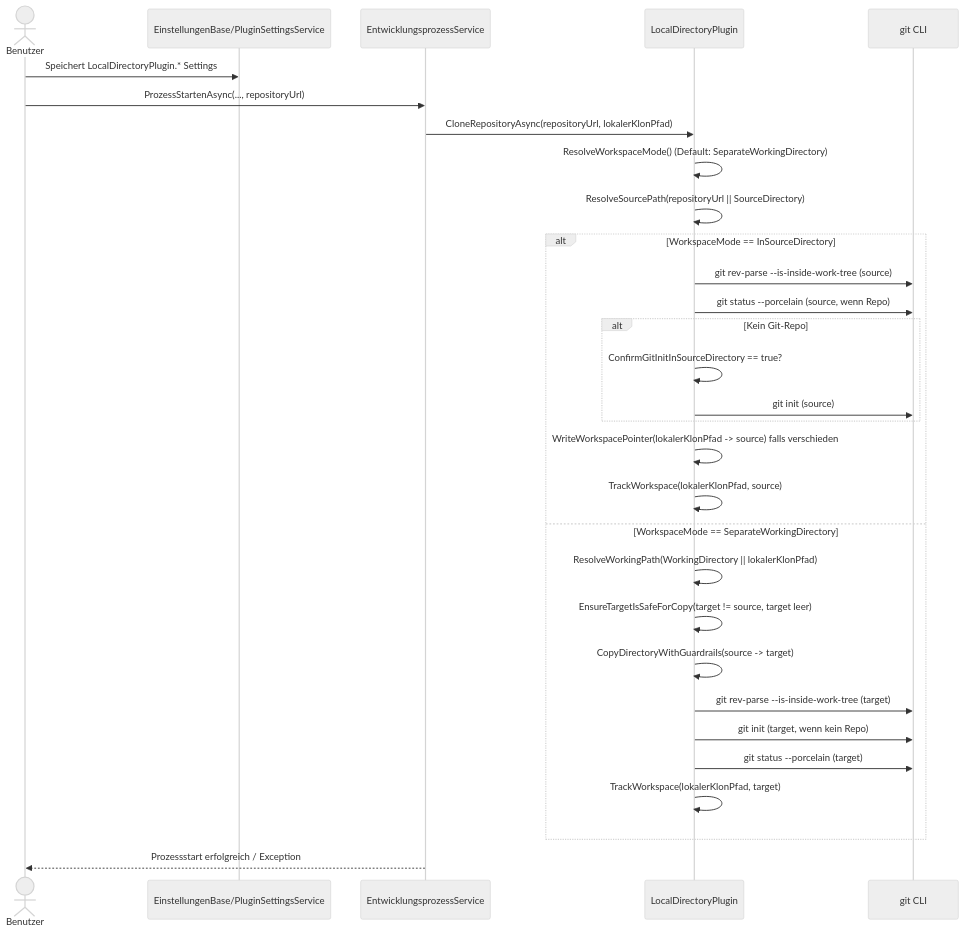
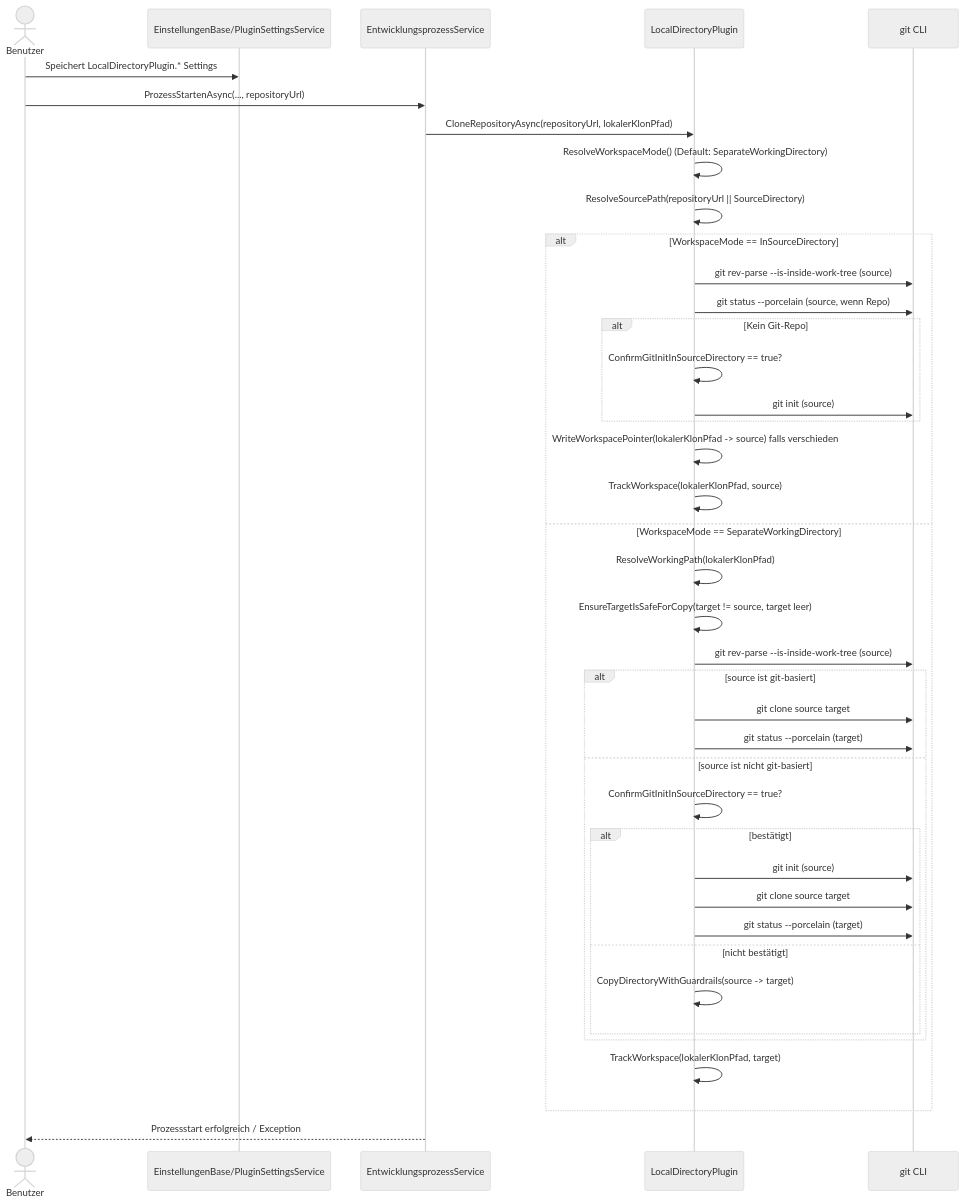
The first of 3 diagrams in docs/flows/local-directory-plugin-flow.md (martin-stromberg/Softwareschmiede), drawn with Mermaid (neutral theme) before and after one commit. The commit also changed other lines of this file and 53 other files, not shown here.

````diff
--- a/docs/flows/local-directory-plugin-flow.md
+++ b/docs/flows/local-directory-plugin-flow.md
@@ -25,35 +25,45 @@
 ```mermaid
 sequenceDiagram
     actor Benutzer
     participant Einst as EinstellungenBase/PluginSettingsService
     participant Proc as EntwicklungsprozessService
     participant Plugin as LocalDirectoryPlugin
     participant Git as git CLI
 
     Benutzer->>Einst: Speichert LocalDirectoryPlugin.* Settings
     Benutzer->>Proc: ProzessStartenAsync(..., repositoryUrl)
     Proc->>Plugin: CloneRepositoryAsync(repositoryUrl, lokalerKlonPfad)
     Plugin->>Plugin: ResolveWorkspaceMode() (Default: SeparateWorkingDirectory)
     Plugin->>Plugin: ResolveSourcePath(repositoryUrl || SourceDirectory)
 
     alt WorkspaceMode == InSourceDirectory
         Plugin->>Git: git rev-parse --is-inside-work-tree (source)
         Plugin->>Git: git status --porcelain (source, wenn Repo)
         alt Kein Git-Repo
             Plugin->>Plugin: ConfirmGitInitInSourceDirectory == true?
             Plugin->>Git: git init (source)
         end
         Plugin->>Plugin: WriteWorkspacePointer(lokalerKlonPfad -> source) falls verschieden
         Plugin->>Plugin: TrackWorkspace(lokalerKlonPfad, source)
     else WorkspaceMode == SeparateWorkingDirectory
-        Plugin->>Plugin: ResolveWorkingPath(WorkingDirectory || lokalerKlonPfad)
+        Plugin->>Plugin: ResolveWorkingPath(lokalerKlonPfad)
         Plugin->>Plugin: EnsureTargetIsSafeForCopy(target != source, target leer)
-        Plugin->>Plugin: CopyDirectoryWithGuardrails(source -> target)
-        Plugin->>Git: git rev-parse --is-inside-work-tree (target)
-        Plugin->>Git: git init (target, wenn kein Repo)
-        Plugin->>Git: git status --porcelain (target)
+        Plugin->>Git: git rev-parse --is-inside-work-tree (source)
+        alt source ist git-basiert
+            Plugin->>Git: git clone source target
+            Plugin->>Git: git status --porcelain (target)
+        else source ist nicht git-basiert
+            Plugin->>Plugin: ConfirmGitInitInSourceDirectory == true?
+            alt bestätigt
+                Plugin->>Git: git init (source)
+                Plugin->>Git: git clone source target
+                Plugin->>Git: git status --porcelain (target)
+            else nicht bestätigt
+                Plugin->>Plugin: CopyDirectoryWithGuardrails(source -> target)
+            end
+        end
         Plugin->>Plugin: TrackWorkspace(lokalerKlonPfad, target)
     end
 
     Proc-->>Benutzer: Prozessstart erfolgreich / Exception
 ```
````
